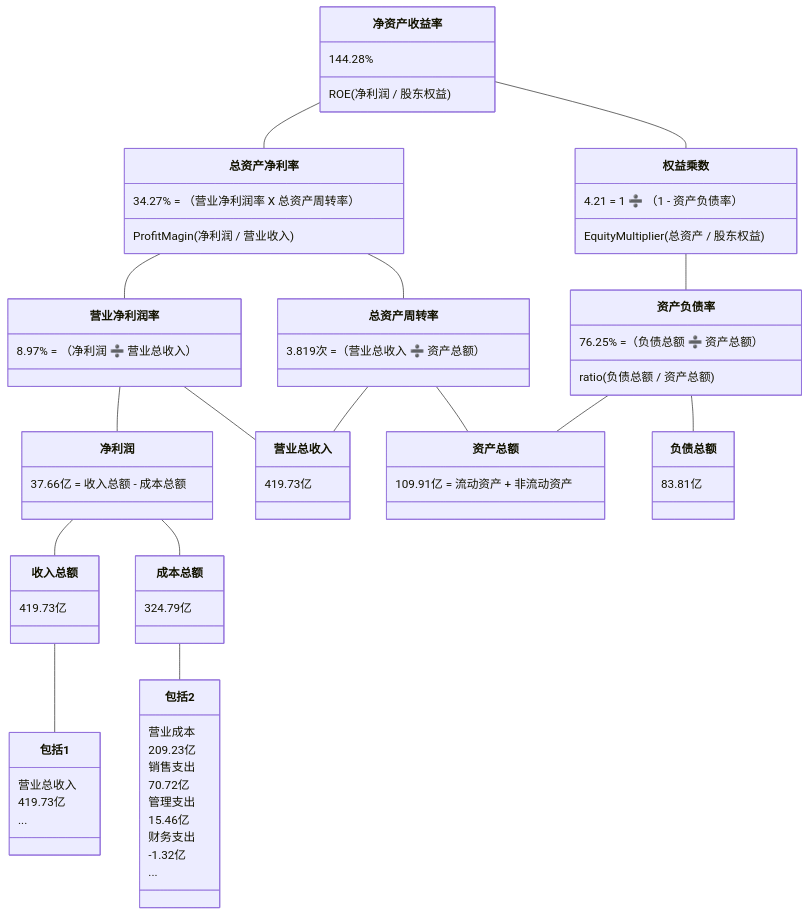
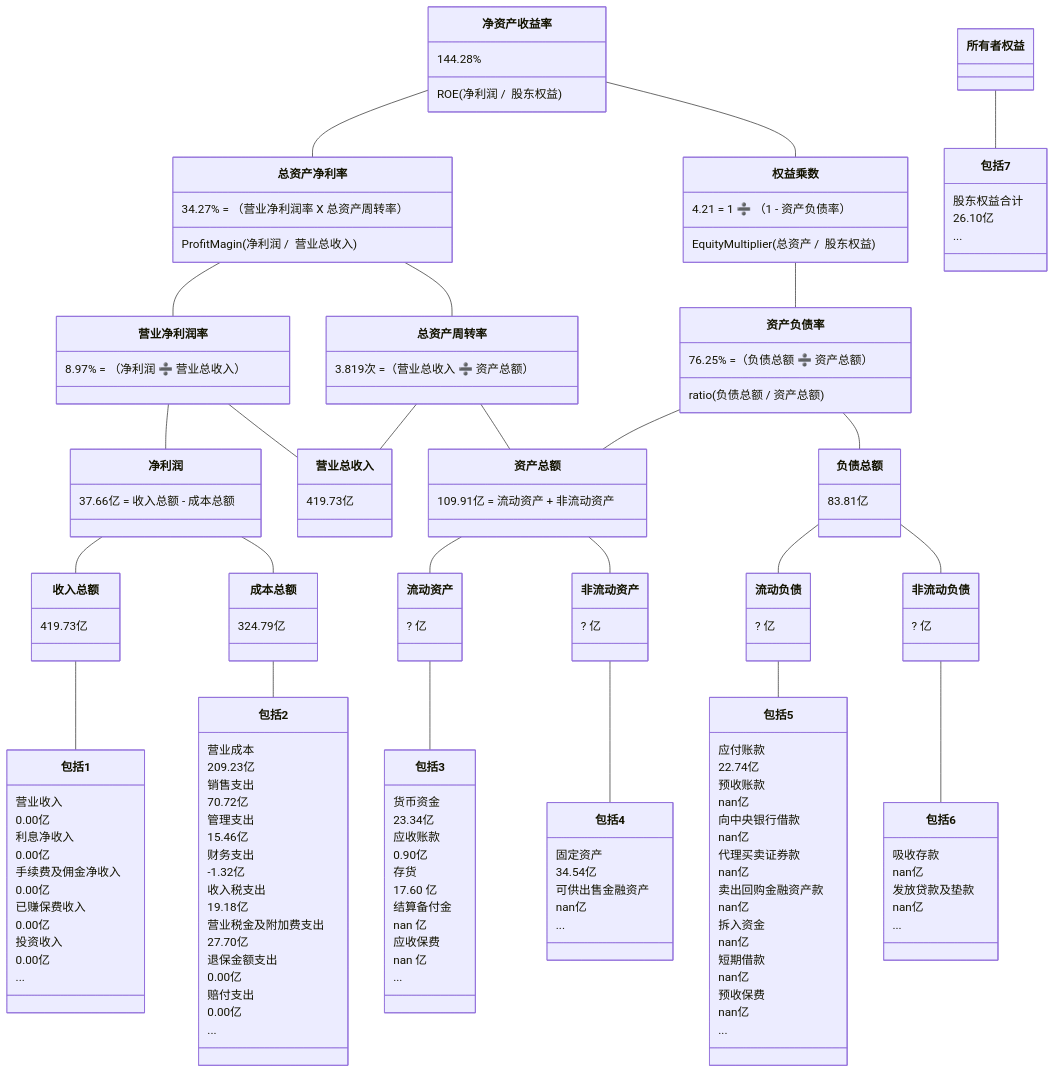
One commit to TheVeryDarkness/cs410 changed the fourth of 10 diagrams in 2/2.md. Above: the diagram before and after it, drawn with Mermaid. The commit also changed other lines of this file and 101 other files, not shown here.

````diff
--- a/2/2.md
+++ b/2/2.md
@@ -169,51 +376,121 @@
 ```mermaid
 classDiagram
 净资产收益率 -- 总资产净利率
-	净资产收益率 : 144.28%
-	净资产收益率 : ROE(净利润 /  股东权益)
-	总资产净利率 : 34.27% = （营业净利润率 X 总资产周转率）
-	总资产净利率 : ProfitMagin(净利润 /  营业收入)
+    净资产收益率 : 144.28%
+    净资产收益率 : ROE(净利润 /  股东权益)
+    总资产净利率 : 34.27% = （营业净利润率 X 总资产周转率）
+    总资产净利率 : ProfitMagin(净利润 /  营业总收入)
 净资产收益率 -- 权益乘数
-	权益乘数 : 4.21 = 1 ➗ （1 - 资产负债率）
-	权益乘数 : EquityMultiplier(总资产 /  股东权益)
-	
+    权益乘数 : 4.21 = 1 ➗ （1 - 资产负债率）
+    权益乘数 : EquityMultiplier(总资产 /  股东权益)
+    
 总资产净利率 -- 营业净利润率
-	营业净利润率 : 8.97% = （净利润 ➗ 营业总收入）
+    营业净利润率 : 8.97% = （净利润 ➗ 营业总收入）
 总资产净利率 -- 总资产周转率
-	总资产周转率 : 3.819次 =（营业总收入 ➗ 资产总额）
+    总资产周转率 : 3.819次 =（营业总收入 ➗ 资产总额）
 权益乘数 -- 资产负债率
-	资产负债率  : 76.25% =（负债总额 ➗ 资产总额）
-	资产负债率  : ratio(负债总额 / 资产总额)
+    资产负债率  : 76.25% =（负债总额 ➗ 资产总额）
+    资产负债率  : ratio(负债总额 / 资产总额)
 
 营业净利润率 -- 净利润
-	净利润 : 37.66亿 = 收入总额 - 成本总额
+    净利润 : 37.66亿 = 收入总额 - 成本总额
 营业净利润率 -- 营业总收入
-	营业总收入 : 419.73亿
+    营业总收入 : 419.73亿
 总资产周转率 -- 营业总收入
 总资产周转率 -- 资产总额
-	资产总额 : 109.91亿 = 流动资产 + 非流动资产
+    资产总额 : 109.91亿 = 流动资产 + 非流动资产
 资产负债率 -- 　负债总额
-	负债总额 : 83.81亿
+    负债总额 : 83.81亿
 资产负债率 -- 　资产总额
 
 
 净利润 -- 收入总额
-	收入总额 : 419.73亿
+    收入总额 : 419.73亿
 净利润 -- 成本总额
-	成本总额 : 324.79亿
+    成本总额 : 324.79亿
+资产总额 -- 流动资产
+	流动资产 : ? 亿
+资产总额 -- 非流动资产
+	非流动资产 : ? 亿
+负债总额 -- 流动负债
+	流动负债 : ? 亿
+负债总额 -- 非流动负债
+	非流动负债 : ? 亿
 
 收入总额 -- 包括1
-	包括1 : 营业总收入
-	包括1 : 419.73亿
-	包括1 : ...
+    包括1 : 营业收入
+    包括1 : 0.00亿
+    包括1 : 利息净收入
+    包括1 : 0.00亿
+    包括1 : 手续费及佣金净收入
+    包括1 : 0.00亿
+    包括1 : 已赚保费收入
+    包括1 : 0.00亿
+    包括1 : 投资收入
+    包括1 : 0.00亿
+    包括1 : ...
 成本总额 -- 包括2
-	包括2 : 营业成本
-	包括2 : 209.23亿
-	包括2 : 销售支出
-	包括2 : 70.72亿
-	包括2 : 管理支出
-	包括2 : 15.46亿
-	包括2 : 财务支出
-	包括2 : -1.32亿
-	包括2 : ...
+    包括2 : 营业成本
+    包括2 : 209.23亿
+    包括2 : 销售支出
+    包括2 : 70.72亿
+    包括2 : 管理支出
+    包括2 : 15.46亿
+    包括2 : 财务支出
+    包括2 : -1.32亿
+    包括2 : 收入税支出
+    包括2 : 19.18亿
+    包括2 : 营业税金及附加费支出
+    包括2 : 27.70亿
+    包括2 : 退保金额支出
+    包括2 : 0.00亿
+    包括2 : 赔付支出
+    包括2 : 0.00亿
+    包括2 : ...
+流动资产 -- 包括3
+    包括3 : 货币资金
+    包括3 : 23.34亿
+    包括3 : 应收账款
+    包括3 : 0.90亿
+    包括3 : 存货
+    包括3 : 17.60 亿
+    包括3 : 结算备付金
+    包括3 : nan 亿
+    包括3 : 应收保费
+    包括3 : nan 亿
+    包括3 : ...
+非流动资产 -- 包括4
+    包括4 : 固定资产
+    包括4 : 34.54亿
+    包括4 : 可供出售金融资产
+    包括4 : nan亿
+    包括4 : ...
+流动负债 -- 包括5
+    包括5 : 应付账款
+    包括5 : 22.74亿
+    包括5 : 预收账款
+    包括5 : nan亿
+    包括5 : 向中央银行借款
+    包括5 : nan亿
+    包括5 : 代理买卖证券款
+    包括5 : nan亿
+    包括5 : 卖出回购金融资产款
+    包括5 : nan亿
+    包括5 : 拆入资金
+    包括5 : nan亿
+    包括5 : 短期借款
+    包括5 : nan亿
+    包括5 : 预收保费
+    包括5 : nan亿
+    包括5 : ...
+非流动负债 -- 包括6
+    包括6 : 吸收存款
+    包括6 : nan亿
+    包括6 : 发放贷款及垫款
+    包括6 : nan亿
+    包括6 : ...
+所有者权益 -- 包括7
+    包括7 : 股东权益合计
+    包括7 : 26.10亿
+    包括7 : ...
 ```
````
